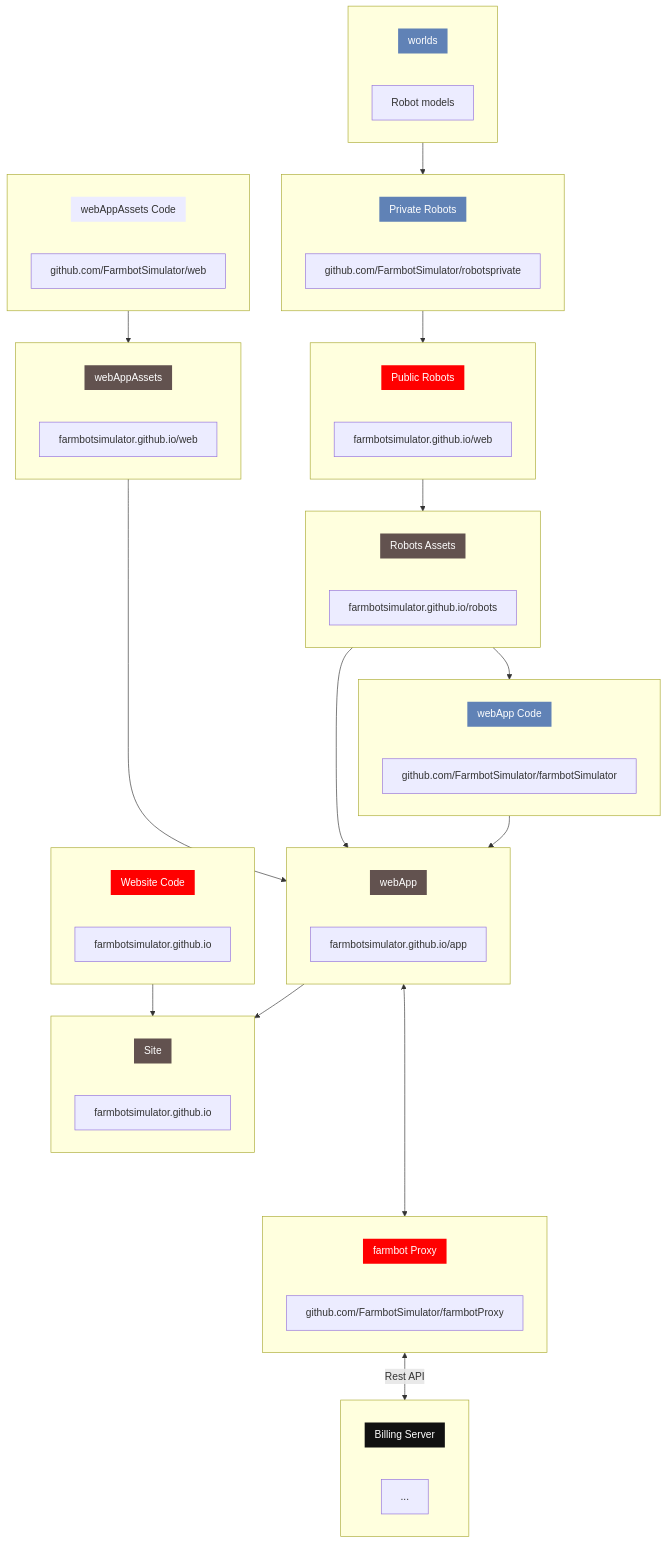
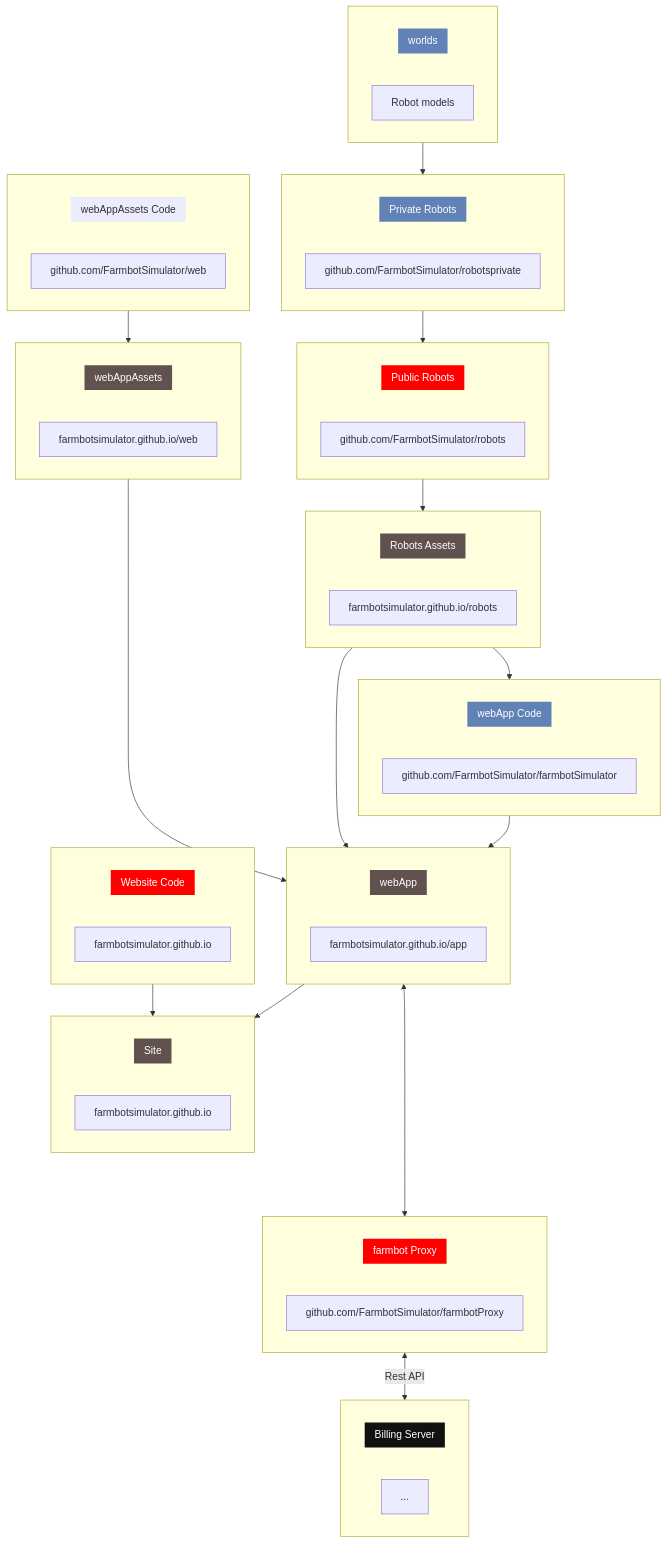
Before and after one commit to FarmbotSimulator/.github: the first of 2 diagrams in profile/README.md, drawn with Mermaid.

```diff
--- a/profile/README.md
+++ b/profile/README.md
@@ -40,7 +40,7 @@
 class robotsPrivate,rPr_A brightBlue
 subgraph robotsPublic[ ]
     rPu_A[[Public Robots<br/> ]]
-    rPu_B[farmbotsimulator.github.io/web]
+    rPu_B[github.com/FarmbotSimulator/robots]
 end
 click rPu_B "https://github.com/FarmbotSimulator/robots" _blank
 class rPu_A borderless
@@ -59,7 +59,7 @@
 end
 class pU_A borderless
 class webApp,pU_A gray
-click rA_B "https://farmbotsimulator.github.io/app" _blank
+click pU_B "https://farmbotsimulator.github.io/app" _blank
 
 subgraph webAppCode[ ]
     wAC_A[[webApp Code<br/> ]]
@@ -82,7 +82,7 @@
     wAAC_A[[webAppAssets Code<br/> ]]
     wAAC_B[github.com/FarmbotSimulator/web]
 end
-click wAAC_B "https://farmbotsimulator.github.io/web" _blank
+click wAAC_B "https://github.com/FarmbotSimulator/web" _blank
 class wAAC_A borderless
 class webAppAssetsCode red
 webAppAssetsCode-->webAppAssets
```
